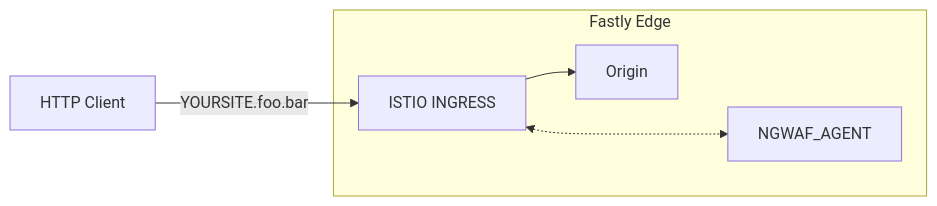
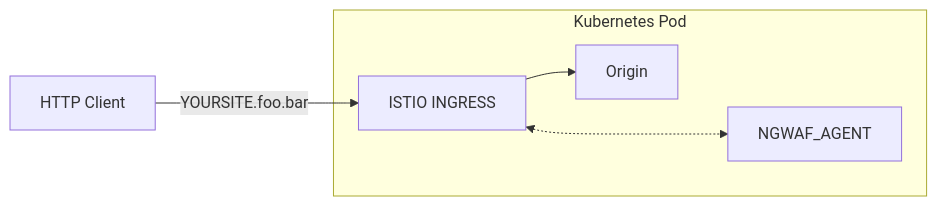
The diagram in on-prem-ngwaf-integrations/README.md (fastly/security-use-cases), drawn with Mermaid before and after one commit.

````diff
--- a/on-prem-ngwaf-integrations/README.md
+++ b/on-prem-ngwaf-integrations/README.md
@@ -2,27 +2,27 @@
 ```mermaid
 
 flowchart LR
     Client[HTTP Client]
     ISTIO_SERVICE[ISTIO INGRESS]
     %% NGWAF_CLOUD[Next-Gen WAF Cloud]
     ORIGIN[Origin]
     
     Client --> |YOURSITE.foo.bar| ISTIO_SERVICE
-    subgraph fastly_edge[Fastly Edge]
+    subgraph k8s_pod[Kubernetes Pod]
         ISTIO_SERVICE <-..->  NGWAF_AGENT
         ISTIO_SERVICE --> ORIGIN
     end
 
 
 
 
 
     %% Out of band workflow
     %% NGWAF_CLOUD -->  NGWAF_COMPUTE
 
     %% classDef fastlyClass fill:#F00
     %% class NGWAF_COMPUTE fastlyClass;
     %% class NGWAF_CLOUD fastlyClass;
 
 %%Check out styling here, https://mermaid.js.org/syntax/flowchart.html
 ```
````
